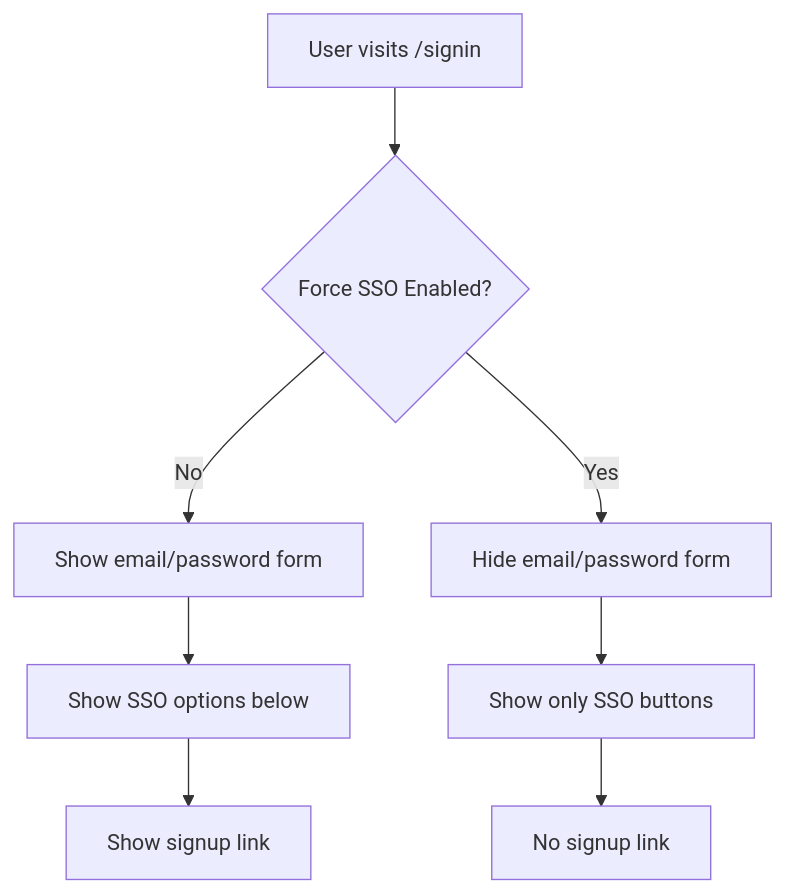
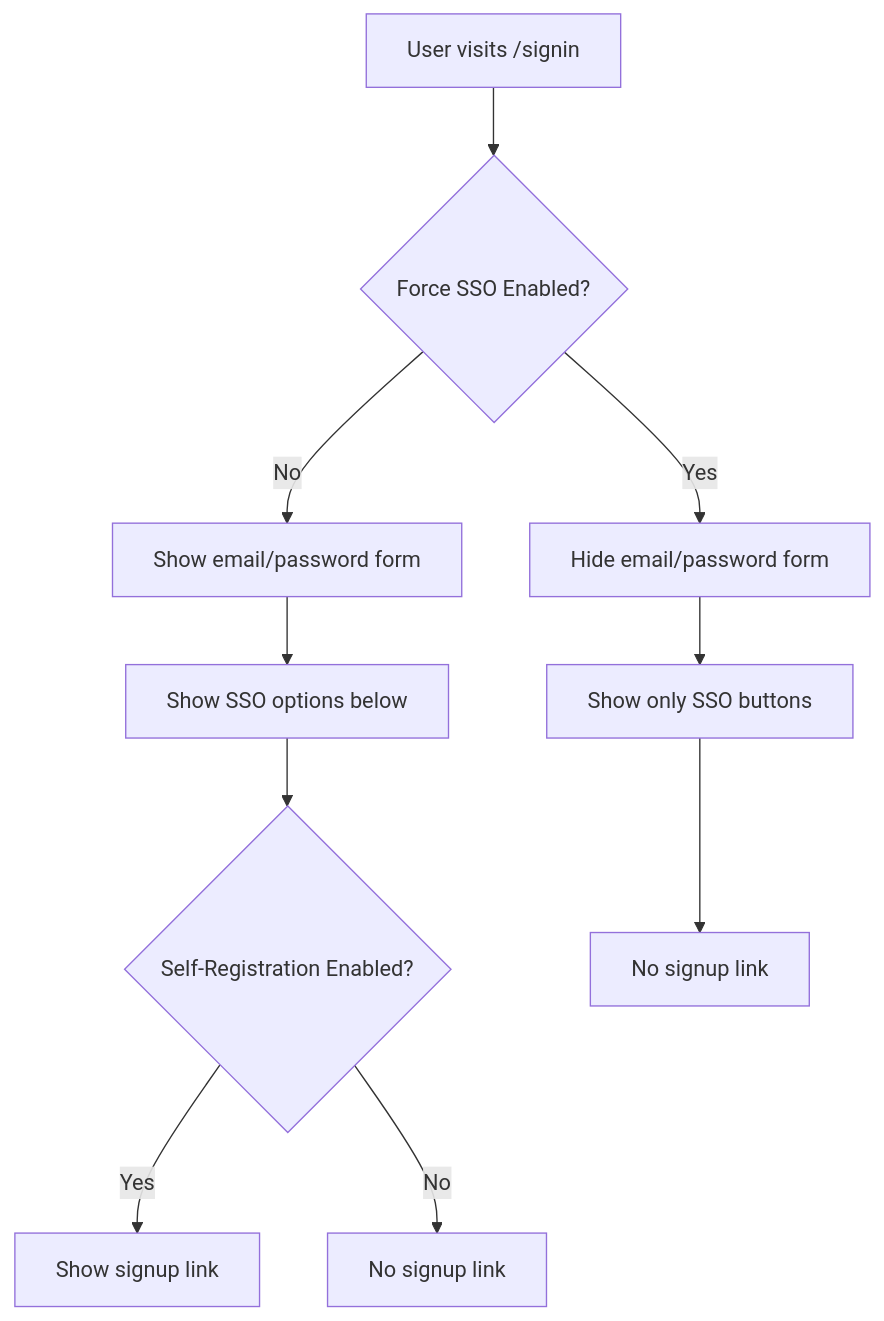
One commit to TestPlanIt/testplanit changed the diagram in docs/docs/user-guide/sso.md. Above: the diagram before and after it, drawn with Mermaid. The commit also changed other lines of this file and 12 other files, not shown here.

First line of the commit message:
enhancement: add self-registration toggle for admins (#295)

````diff
--- a/docs/docs/user-guide/sso.md
+++ b/docs/docs/user-guide/sso.md
@@ -308,10 +326,12 @@
 ```mermaid
 graph TD
     A[User visits /signin] --> B{Force SSO Enabled?}
     B -->|No| C[Show email/password form]
     C --> D[Show SSO options below]
-    D --> E[Show signup link]
-    B -->|Yes| F[Hide email/password form]
-    F --> G[Show only SSO buttons]
-    G --> H[No signup link]
+    D --> E{Self-Registration Enabled?}
+    E -->|Yes| F[Show signup link]
+    E -->|No| G[No signup link]
+    B -->|Yes| H[Hide email/password form]
+    H --> I[Show only SSO buttons]
+    I --> J[No signup link]
 ```
````
